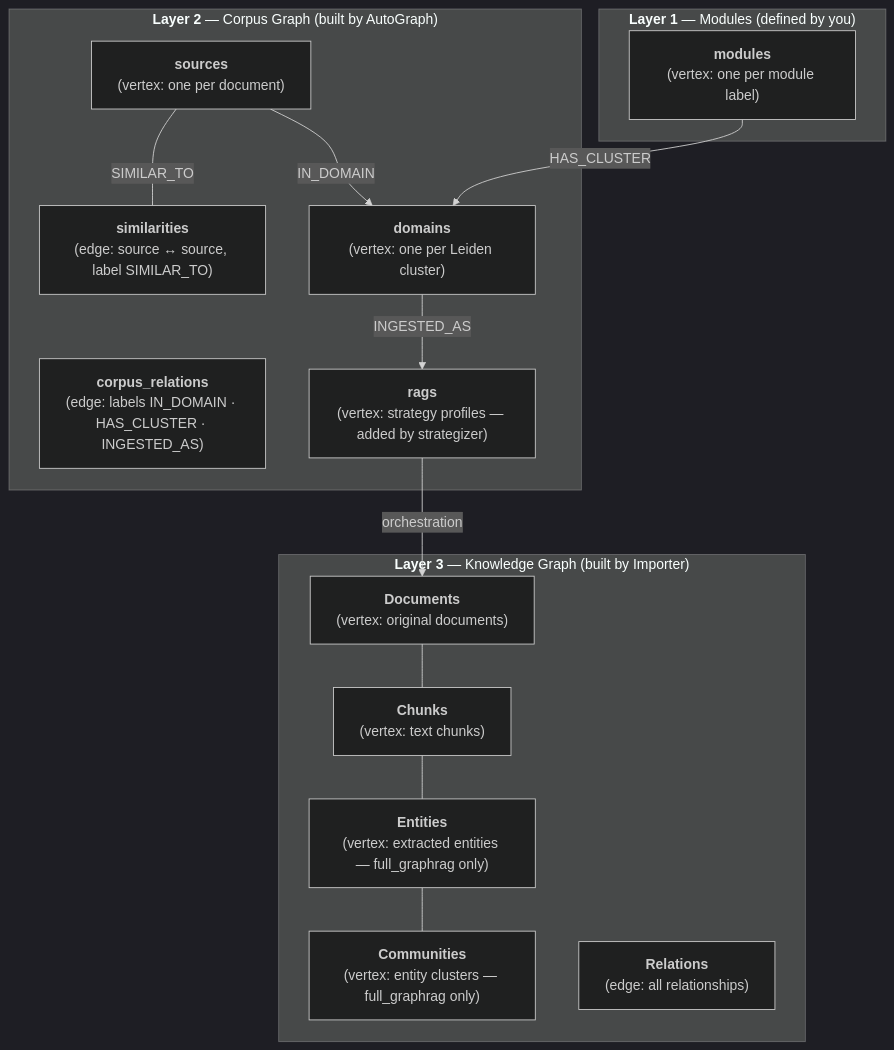
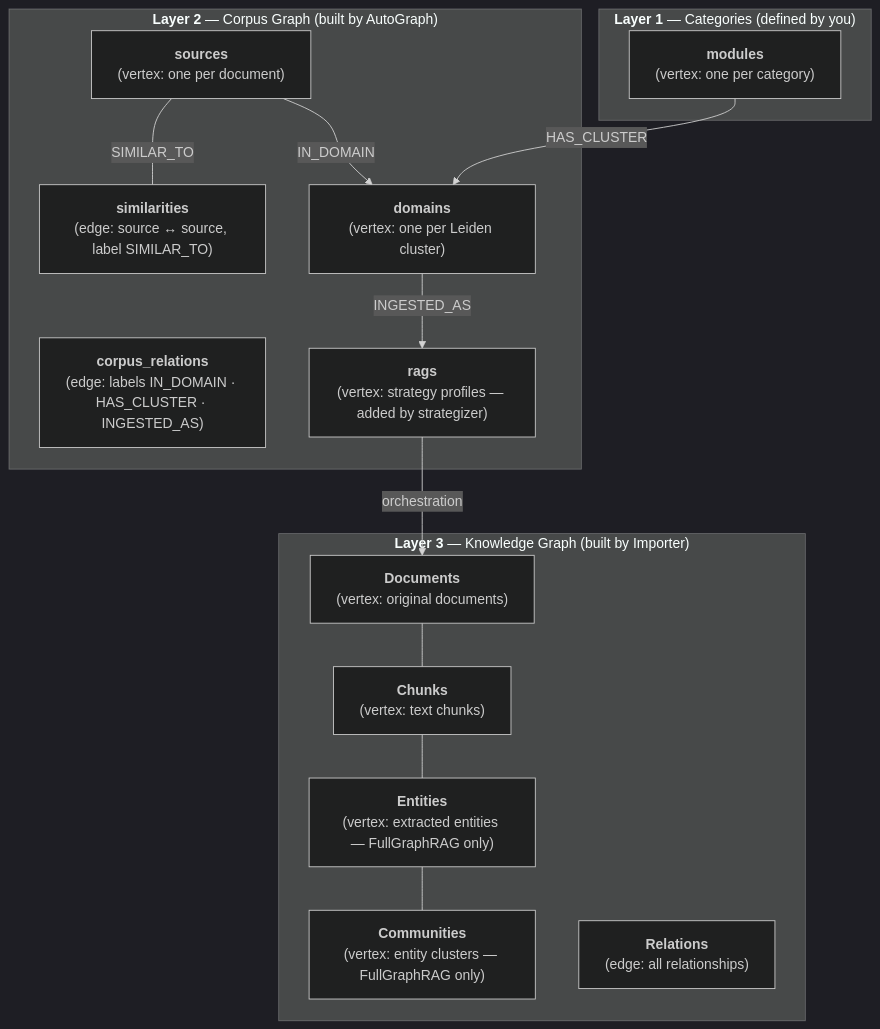
The first of 3 diagrams in site/content/agentic-ai-suite/autograph/architecture.md (arangodb/docs-hugo), drawn with Mermaid (dark theme) before and after one commit. The commit also changed other lines of this file and 15 other files, not shown here.

````diff
--- a/site/content/agentic-ai-suite/autograph/architecture.md
+++ b/site/content/agentic-ai-suite/autograph/architecture.md
@@ -28,42 +28,42 @@
 ```mermaid
 graph TD
-  subgraph "`**Layer 1** — Modules  (defined by you)`"
+  subgraph "`**Layer 1** — Categories  (defined by you)`"
     modules["`**modules**
-      (vertex: one per module label)`"]
+      (vertex: one per category)`"]
   end
 
   subgraph "`**Layer 2** — Corpus Graph  (built by AutoGraph)`"
     sources["`**sources**
-      (vertex: one per document)`"]      
+      (vertex: one per document)`"]
     similarities["`**similarities**
-      (edge: source ↔ source, label SIMILAR_TO)`"]      
+      (edge: source ↔ source, label SIMILAR_TO)`"]
     domains["`**domains**
-      (vertex: one per Leiden cluster)`"]      
+      (vertex: one per Leiden cluster)`"]
     corpus_relations["`**corpus_relations**
-      (edge: labels IN_DOMAIN · HAS_CLUSTER · INGESTED_AS)`"]      
+      (edge: labels IN_DOMAIN · HAS_CLUSTER · INGESTED_AS)`"]
     rags["`**rags**
-      (vertex: strategy profiles — added by strategizer)`"]      
+      (vertex: strategy profiles — added by strategizer)`"]
   end
 
   subgraph "`**Layer 3** — Knowledge Graph  (built by Importer)`"
     Documents["`**Documents**
       (vertex: original documents)`"]
     Chunks["`**Chunks**
       (vertex: text chunks)`"]
     Entities["`**Entities**
-      (vertex: extracted entities — full_graphrag only)`"]
+      (vertex: extracted entities — FullGraphRAG only)`"]
     Communities["`**Communities**
-      (vertex: entity clusters — full_graphrag only)`"]
+      (vertex: entity clusters — FullGraphRAG only)`"]
     Relations["`**Relations**
       (edge: all relationships)`"]
   end
 
   modules -->|HAS_CLUSTER| domains
   sources ---|SIMILAR_TO| similarities
   sources -->|IN_DOMAIN| domains
   domains -->|INGESTED_AS| rags
   rags -->|orchestration| Documents
   Documents --- Chunks
   Chunks --- Entities
   Entities --- Communities
 ```
````
